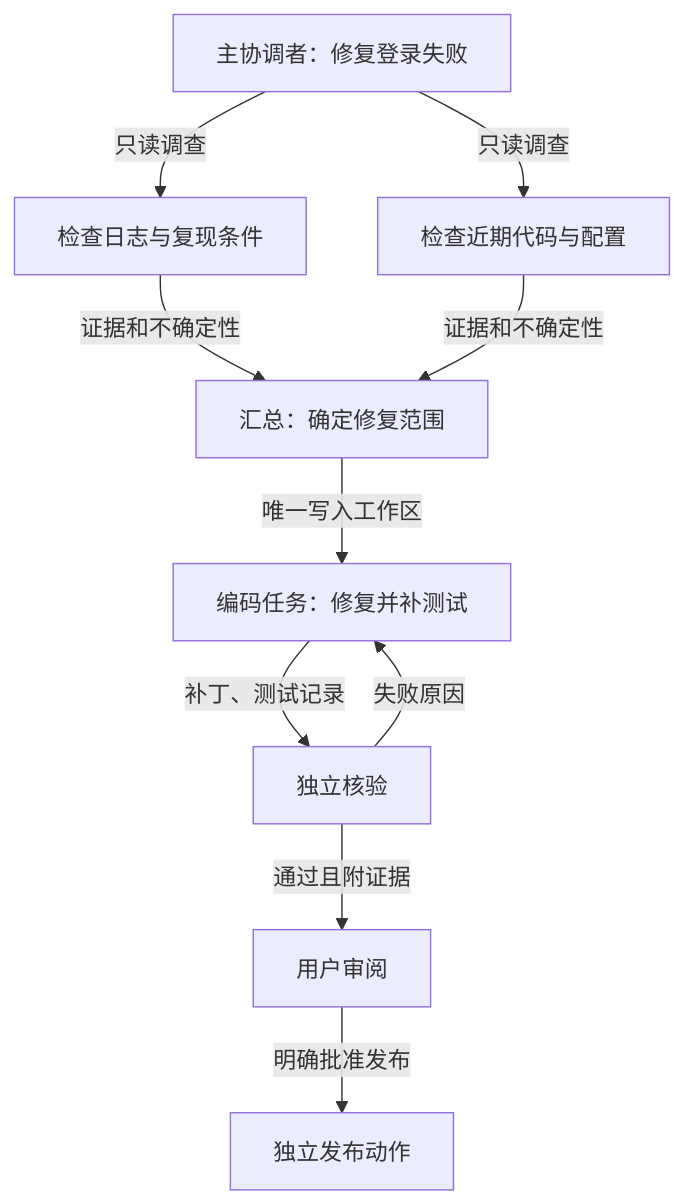
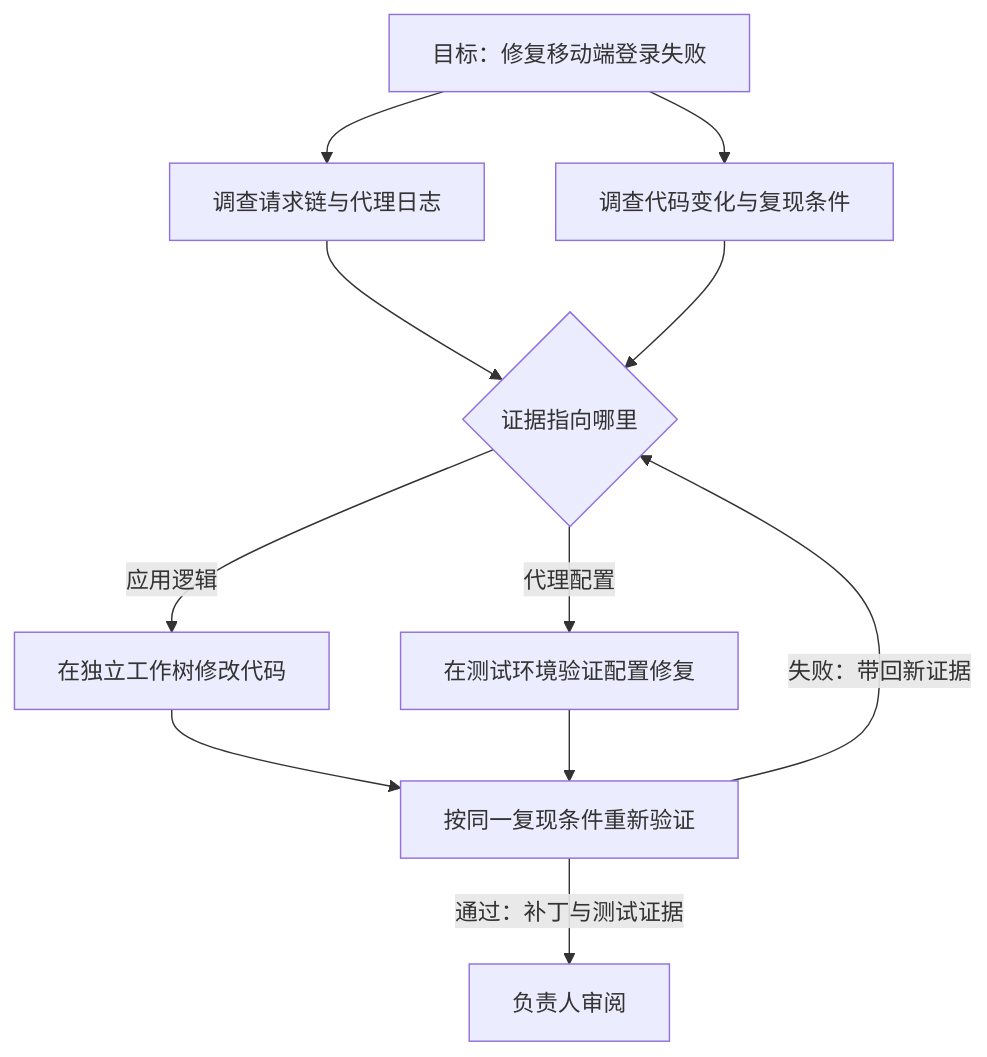
Before and after one commit to Nunchakus888/dossierkit: the second of 3 diagrams in profiles/default/content/zh/notes/chatgpt-dots-agent-harness-agent-codex-agent.mdx, drawn with Mermaid. The commit also changed other lines of this file, not shown here.

````diff
--- a/profiles/default/content/zh/notes/chatgpt-dots-agent-harness-agent-codex-agent.mdx
+++ b/profiles/default/content/zh/notes/chatgpt-dots-agent-harness-agent-codex-agent.mdx
@@ -129,12 +74,13 @@
 ```mermaid
 flowchart TB
-    D[主协调者：修复登录失败] -->|只读调查| A[检查日志与复现条件]
-    D -->|只读调查| B[检查近期代码与配置]
-    A -->|证据和不确定性| J[汇总：确定修复范围]
-    B -->|证据和不确定性| J
-    J -->|唯一写入工作区| C[编码任务：修复并补测试]
-    C -->|补丁、测试记录| V[独立核验]
-    V -->|失败原因| C
-    V -->|通过且附证据| H[用户审阅]
-    H -->|明确批准发布| P[独立发布动作]
+    G[目标：修复移动端登录失败] --> A[调查请求链与代理日志]
+    G --> B[调查代码变化与复现条件]
+    A --> C{证据指向哪里}
+    B --> C
+    C -->|应用逻辑| D[在独立工作树修改代码]
+    C -->|代理配置| E[在测试环境验证配置修复]
+    D --> V[按同一复现条件重新验证]
+    E --> V
+    V -->|失败：带回新证据| C
+    V -->|通过：补丁与测试证据| H[负责人审阅]
 ```
````
